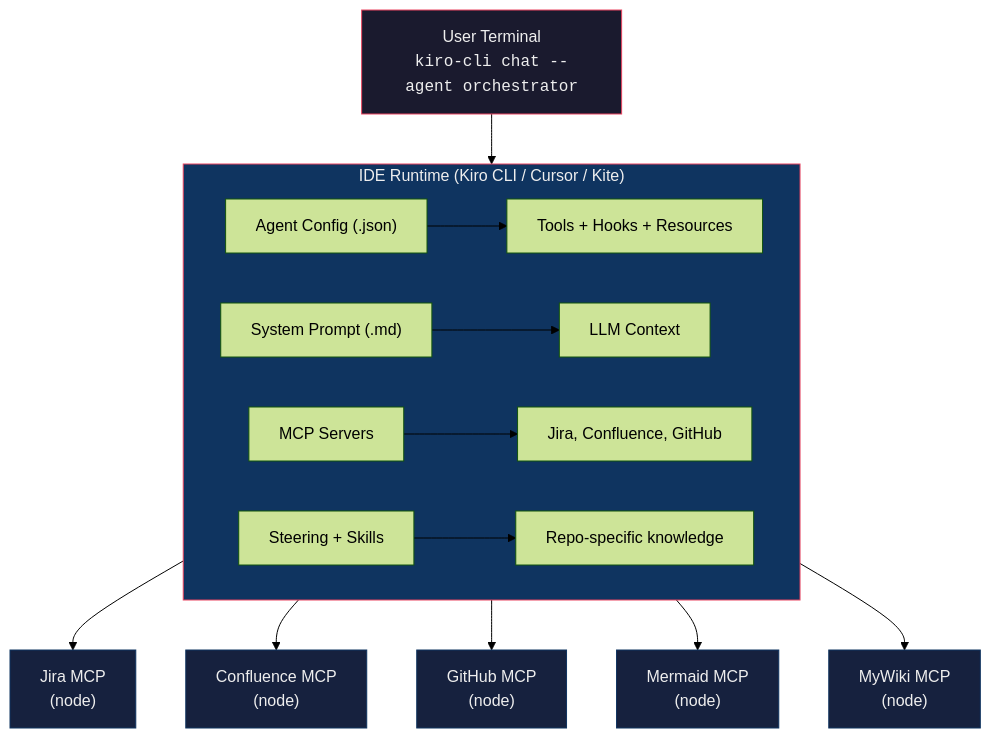
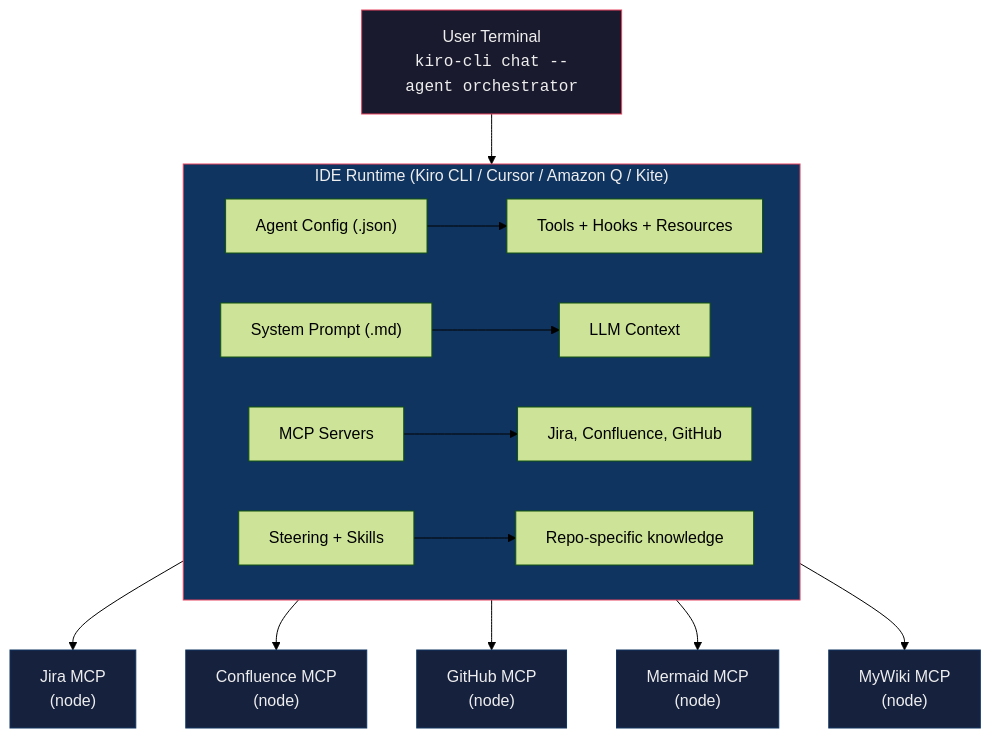
One commit to rsanchez-disney/steer-runtime changed the third of 4 diagrams in docs/PROJECT_OVERVIEW.md. Above: the diagram before and after it, drawn with Mermaid (forest theme). The commit also changed other lines of this file and 22 other files, not shown here.

````diff
--- a/docs/PROJECT_OVERVIEW.md
+++ b/docs/PROJECT_OVERVIEW.md
@@ -143,27 +143,27 @@
 ```mermaid
 graph TD
     terminal["User Terminal<br/><code>kiro-cli chat --agent orchestrator</code>"]
 
     terminal --> runtime
 
-    subgraph runtime["IDE Runtime (Kiro CLI / Cursor / Kite)"]
+    subgraph runtime["IDE Runtime (Kiro CLI / Cursor / Amazon Q / Kite)"]
         config["Agent Config (.json)"] --> tools["Tools + Hooks + Resources"]
         prompt["System Prompt (.md)"] --> llm["LLM Context"]
         mcpcfg["MCP Servers"] --> integrations["Jira, Confluence, GitHub"]
         steering["Steering + Skills"] --> knowledge["Repo-specific knowledge"]
     end
 
     runtime --> jira["Jira MCP<br/>(node)"]
     runtime --> confluence["Confluence MCP<br/>(node)"]
     runtime --> github["GitHub MCP<br/>(node)"]
     runtime --> mermaid["Mermaid MCP<br/>(node)"]
     runtime --> mywiki["MyWiki MCP<br/>(node)"]
 
     style terminal fill:#1a1a2e,stroke:#e94560,color:#eee
     style runtime fill:#0f3460,stroke:#e94560,color:#eee
     style jira fill:#16213e,stroke:#0f3460,color:#eee
     style confluence fill:#16213e,stroke:#0f3460,color:#eee
     style github fill:#16213e,stroke:#0f3460,color:#eee
     style mermaid fill:#16213e,stroke:#0f3460,color:#eee
     style mywiki fill:#16213e,stroke:#0f3460,color:#eee
 ```
````
